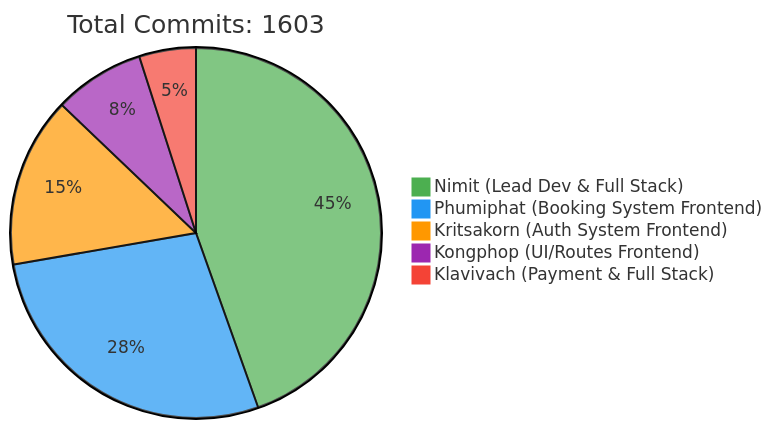
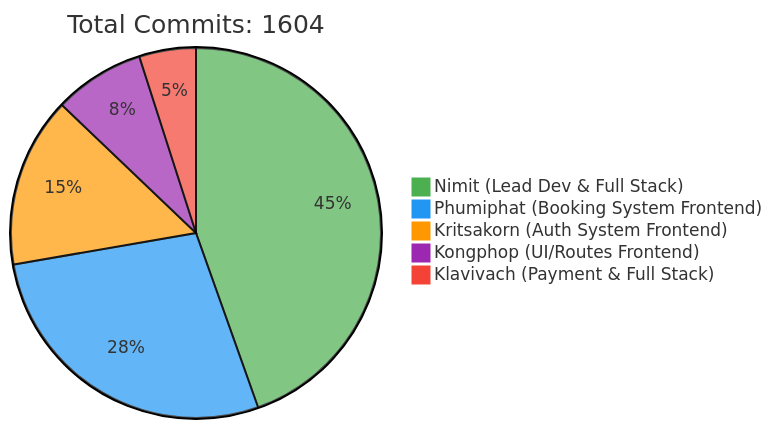
One commit to 6531503042/Sport-Complex changed the first of 2 diagrams in README.md. Above: the diagram before and after it, drawn with Mermaid. The commit also changed other lines of this file, not shown here.

Commit message:
docs: Update contributor statistics [skip ci]

````diff
--- a/README.md
+++ b/README.md
@@ -257,10 +257,10 @@
 ```mermaid
 %%{init: {'theme': 'base', 'themeVariables': { 'pie1': '#4CAF50', 'pie2': '#2196F3', 'pie3': '#FF9800', 'pie4': '#9C27B0', 'pie5': '#F44336'}}}%%
 pie
-    title Total Commits: 1603
+    title Total Commits: 1604
     "Nimit (Lead Dev & Full Stack)" : 450
     "Phumiphat (Booking System Frontend)" : 280
     "Kritsakorn (Auth System Frontend)" : 150
     "Kongphop (UI/Routes Frontend)" : 80
     "Klavivach (Payment & Full Stack)" : 50
 ```
````
